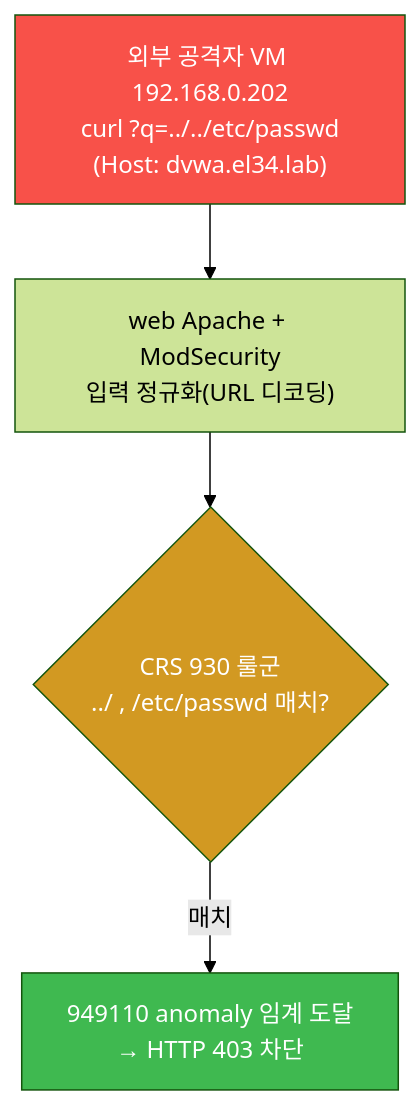
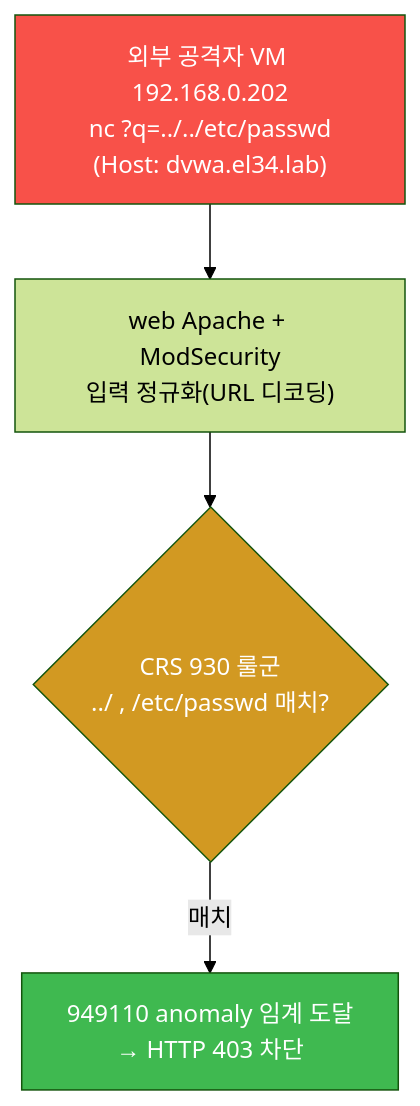
One commit to mrgrit/tw2 changed the second of 5 diagrams in contents/training/attack/lecture_week07.md. Above: the diagram before and after it, drawn with Mermaid (forest theme). The commit also changed 10 other files, not shown here.

````diff
--- a/contents/training/attack/lecture_week07.md
+++ b/contents/training/attack/lecture_week07.md
@@ -179,12 +179,12 @@
 ```mermaid
 graph TD
-    A["외부 공격자 VM 192.168.0.202<br/>curl ?q=../../etc/passwd<br/>(Host: dvwa.el34.lab)"]
+    A["외부 공격자 VM 192.168.0.202<br/>nc ?q=../../etc/passwd<br/>(Host: dvwa.el34.lab)"]
     B["web Apache + ModSecurity<br/>입력 정규화(URL 디코딩)"]
     C{"CRS 930 룰군<br/>../ , /etc/passwd 매치?"}
     D["949110 anomaly 임계 도달<br/>→ HTTP 403 차단"]
     A --> B --> C
     C -->|매치| D
     style A fill:#f85149,color:#fff
     style C fill:#d29922,color:#fff
     style D fill:#3fb950,color:#fff
 ```
````
